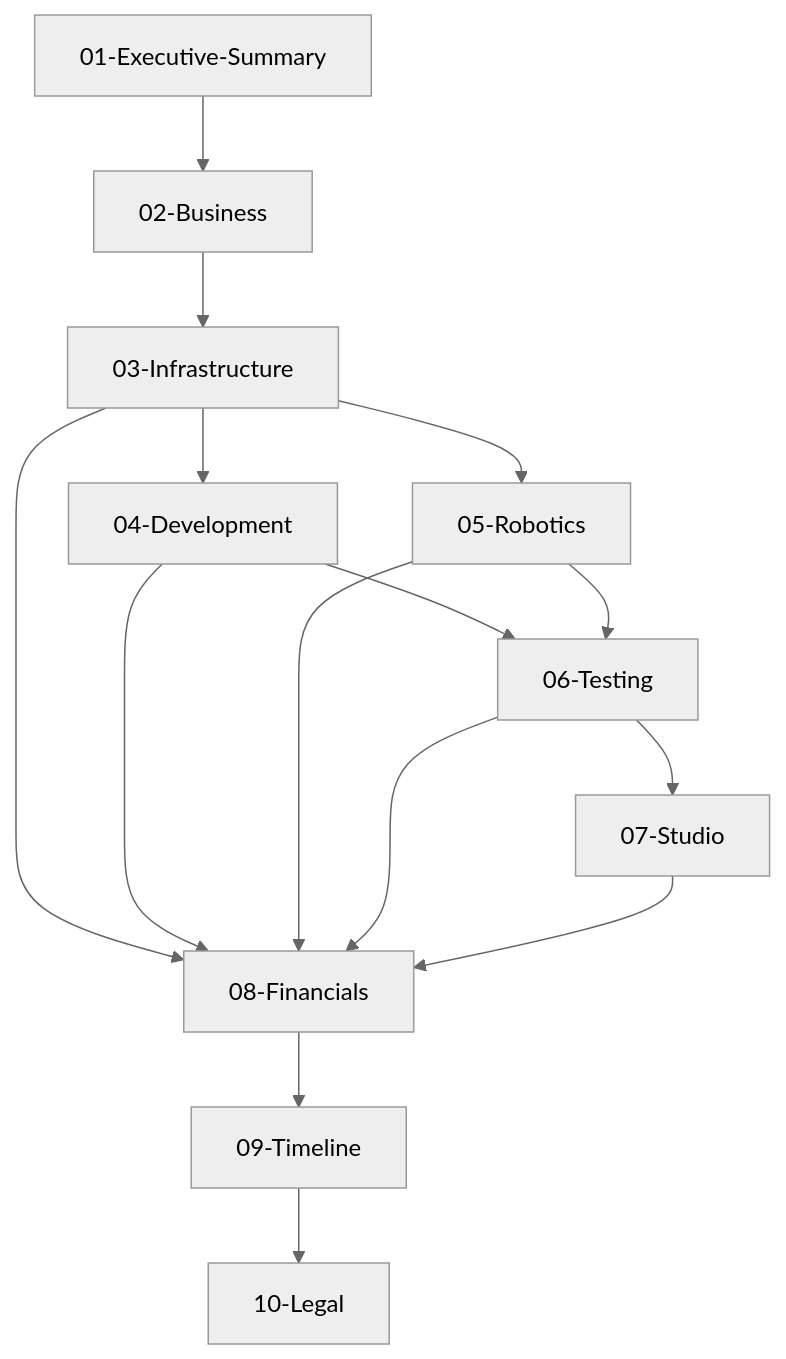
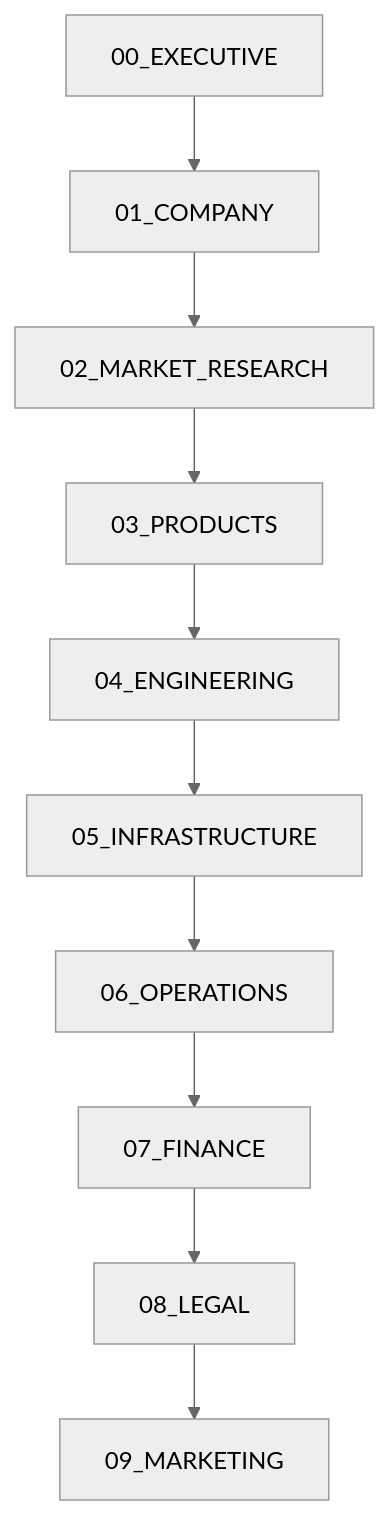
The diagram in README.md (Atharva259/krishi-kshetra-infrastructure-proposal), drawn with Mermaid (neutral theme) before and after one commit. The commit also changed other lines of this file, not shown here.

````diff
--- a/README.md
+++ b/README.md
@@ -51,12 +51,12 @@
 ```mermaid
 graph TD
-    A[01-Executive-Summary] --> B[02-Business]
-    B --> C[03-Infrastructure]
-    C --> D[04-Development]
-    C --> E[05-Robotics]
-    D & E --> F[06-Testing]
-    F --> G[07-Studio]
-    C & D & E & F & G --> H[08-Financials]
-    H --> I[09-Timeline]
-    I --> J[10-Legal]
+    A[00_EXECUTIVE] --> B[01_COMPANY]
+    B --> C[02_MARKET_RESEARCH]
+    C --> D[03_PRODUCTS]
+    D --> E[04_ENGINEERING]
+    E --> F[05_INFRASTRUCTURE]
+    F --> G[06_OPERATIONS]
+    G --> H[07_FINANCE]
+    H --> I[08_LEGAL]
+    I --> J[09_MARKETING]
 ```
````
